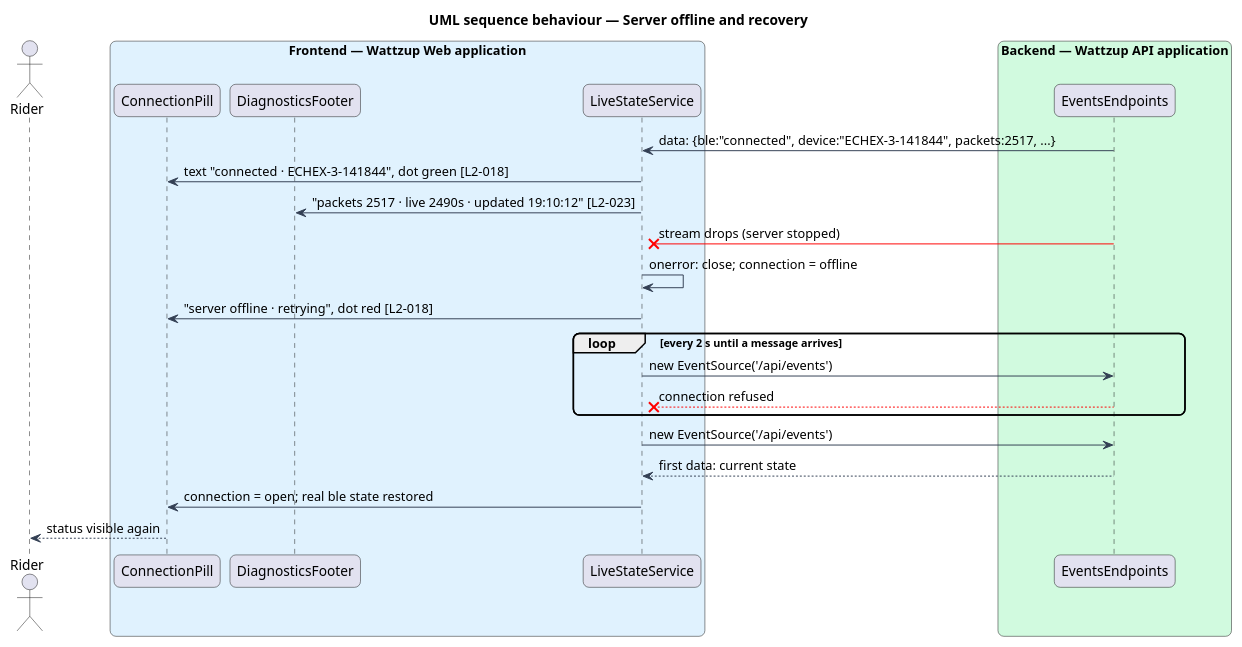
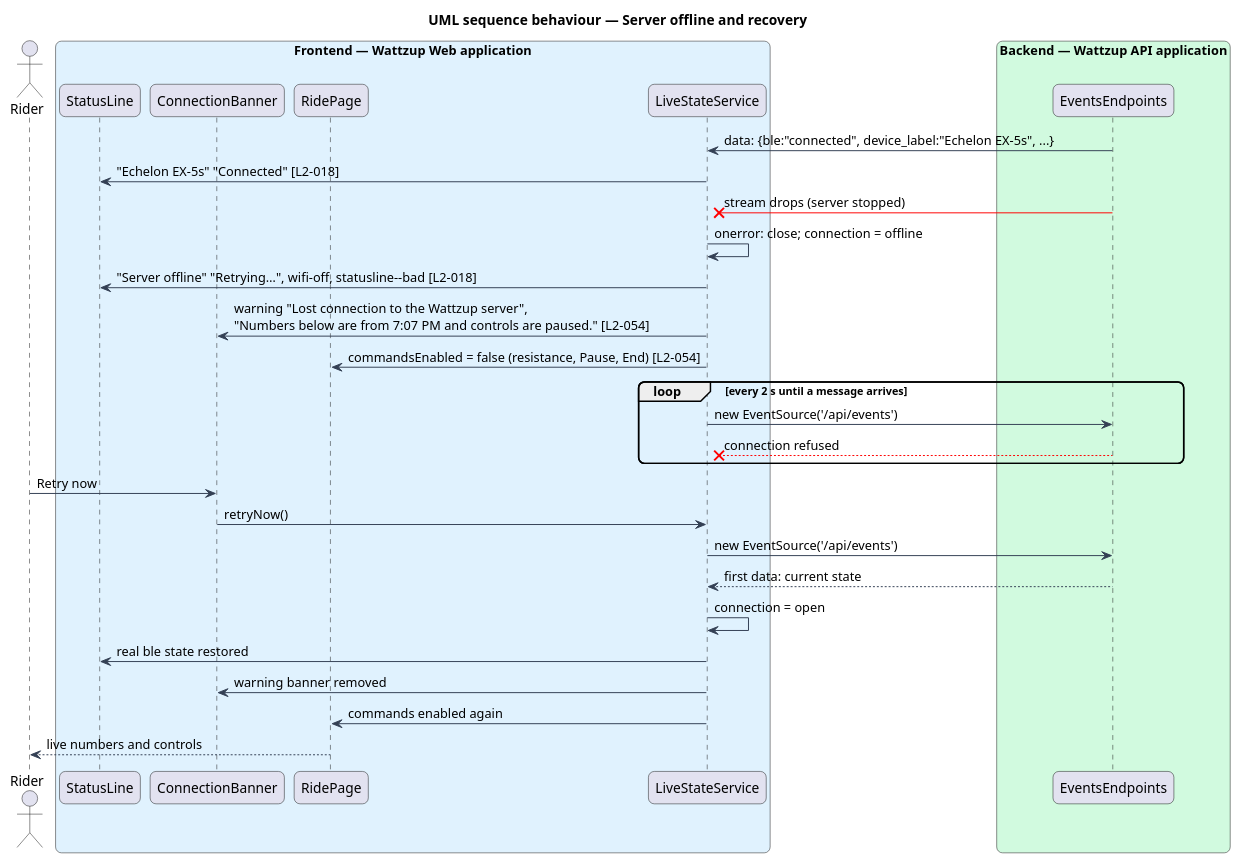
One commit to QuinntyneBrown/ride-one changed the diagram in docs/detailed-designs/dashboard/show-connection-status/diagrams/sequence-offline-recovery.puml. Above: the diagram before and after it, drawn with PlantUML. The commit also changed 265 other files, not shown here.

```diff
--- a/docs/detailed-designs/dashboard/show-connection-status/diagrams/sequence-offline-recovery.puml
+++ b/docs/detailed-designs/dashboard/show-connection-status/diagrams/sequence-offline-recovery.puml
@@ -1,32 +1,39 @@
 @startuml
 title UML sequence behaviour — Server offline and recovery
 skinparam backgroundColor #FFFFFF
 skinparam shadowing false
 skinparam roundcorner 12
 skinparam defaultFontName Arial
 skinparam ArrowColor #344054
 actor "Rider" as rider
 box "Frontend — Wattzup Web application" #E0F2FE
-  participant "ConnectionPill" as pill
-  participant "DiagnosticsFooter" as footer
+  participant "StatusLine" as line
+  participant "ConnectionBanner" as banner
+  participant "RidePage" as page
   participant "LiveStateService" as live
 end box
 box "Backend — Wattzup API application" #D1FADF
   participant "EventsEndpoints" as ep
 end box
 
-ep -> live : data: {ble:"connected", device:"ECHEX-3-141844", packets:2517, ...}
-live -> pill : text "connected · ECHEX-3-141844", dot green [L2-018]
-live -> footer : "packets 2517 · live 2490s · updated 19:10:12" [L2-023]
+ep -> live : data: {ble:"connected", device_label:"Echelon EX-5s", ...}
+live -> line : "Echelon EX-5s" "Connected" [L2-018]
 ep -[#red]x live : stream drops (server stopped)
 live -> live : onerror: close; connection = offline
-live -> pill : "server offline · retrying", dot red [L2-018]
+live -> line : "Server offline" "Retrying…", wifi-off, statusline~--bad [L2-018]
+live -> banner : warning "Lost connection to the Wattzup server",\n"Numbers below are from 7:07 PM and controls are paused." [L2-054]
+live -> page : commandsEnabled = false (resistance, Pause, End) [L2-054]
 loop every 2 s until a message arrives
   live -> ep : new EventSource('/api/events')
   ep --[#red]x live : connection refused
 end
+rider -> banner : Retry now
+banner -> live : retryNow()
 live -> ep : new EventSource('/api/events')
 ep --> live : first data: current state
-live -> pill : connection = open; real ble state restored
-pill --> rider : status visible again
+live -> live : connection = open
+live -> line : real ble state restored
+live -> banner : warning banner removed
+live -> page : commands enabled again
+page --> rider : live numbers and controls
 @enduml
```
